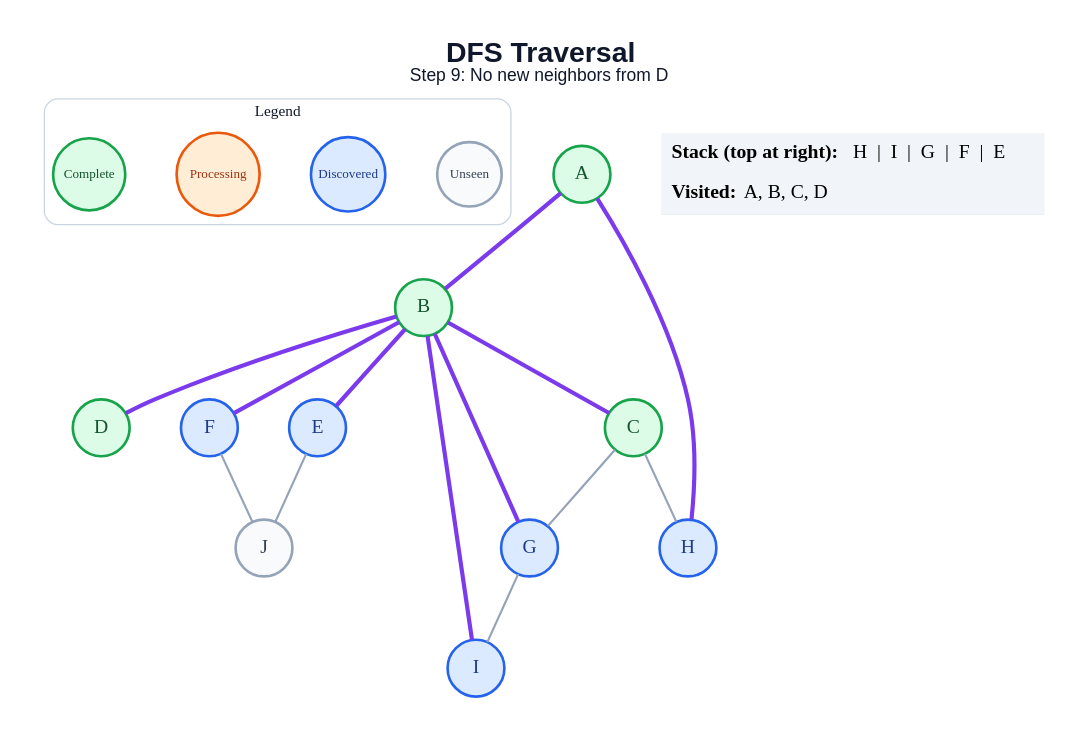
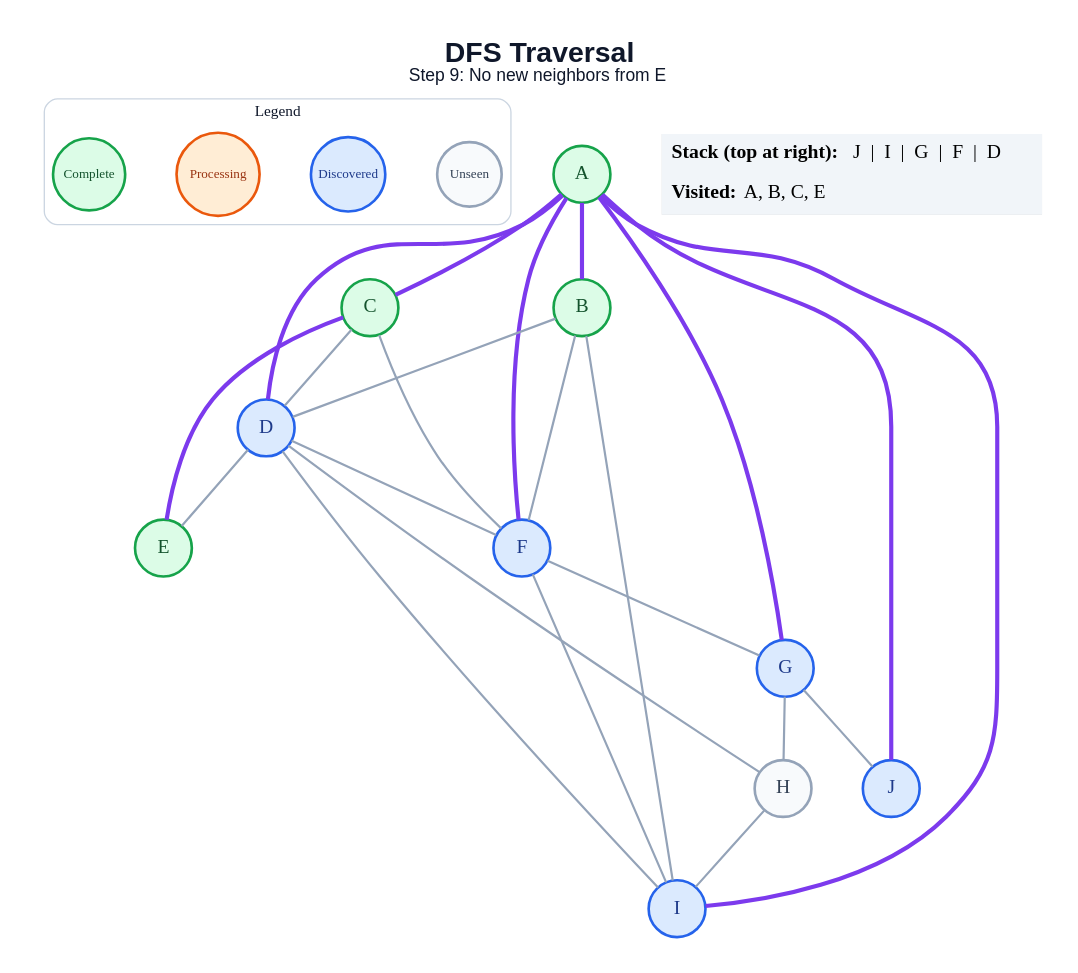
Before and after one commit to amanghodawala9/ai-slop: the diagram in generated/dfs/step_09.dot, drawn with Graphviz. The commit also changed 178 other files, not shown here.

```diff
--- a/generated/dfs/step_09.dot
+++ b/generated/dfs/step_09.dot
@@ -1,42 +1,51 @@
 graph traversal {
   graph [layout=dot, rankdir=TB, bgcolor="#FFFFFF", pad="0.35", nodesep="0.65", ranksep="0.8", fontname="Arial"];
   node [shape=circle, style="filled", fontname="Arial Bold", fontsize=18, width=0.72, fixedsize=true, penwidth=2.4];
   edge [color="#94A3B8", penwidth=2.0];
-  label=<<B>DFS Traversal</B><BR/><FONT POINT-SIZE="16">Step 9: No new neighbors from D</FONT>>; labelloc="t"; fontsize=26; fontname="Arial"; fontcolor="#0F172A";
+  label=<<B>DFS Traversal</B><BR/><FONT POINT-SIZE="16">Step 9: No new neighbors from E</FONT>>; labelloc="t"; fontsize=26; fontname="Arial"; fontcolor="#0F172A";
   subgraph cluster_legend { label="Legend"; color="#CBD5E1"; penwidth=1.2; style="rounded"; fontsize=14; fontname="Arial Bold";
     key_unseen [label="Unseen", fillcolor="#F8FAFC", color="#94A3B8", fontcolor="#334155", fontsize=12, width=0.82];
     key_frontier [label="Discovered", fillcolor="#DBEAFE", color="#2563EB", fontcolor="#1E3A8A", fontsize=12, width=0.95];
     key_current [label="Processing", fillcolor="#FFEDD5", color="#EA580C", fontcolor="#9A3412", fontsize=12, width=1.05];
     key_done [label="Complete", fillcolor="#DCFCE7", color="#16A34A", fontcolor="#14532D", fontsize=12, width=0.92];
     { rank=same; key_unseen; key_frontier; key_current; key_done; }
   }
   A [fillcolor="#DCFCE7", color="#16A34A", fontcolor="#14532D"];
   B [fillcolor="#DCFCE7", color="#16A34A", fontcolor="#14532D"];
   C [fillcolor="#DCFCE7", color="#16A34A", fontcolor="#14532D"];
-  D [fillcolor="#DCFCE7", color="#16A34A", fontcolor="#14532D"];
-  E [fillcolor="#DBEAFE", color="#2563EB", fontcolor="#1E3A8A"];
+  D [fillcolor="#DBEAFE", color="#2563EB", fontcolor="#1E3A8A"];
+  E [fillcolor="#DCFCE7", color="#16A34A", fontcolor="#14532D"];
   F [fillcolor="#DBEAFE", color="#2563EB", fontcolor="#1E3A8A"];
   G [fillcolor="#DBEAFE", color="#2563EB", fontcolor="#1E3A8A"];
-  H [fillcolor="#DBEAFE", color="#2563EB", fontcolor="#1E3A8A"];
+  H [fillcolor="#F8FAFC", color="#94A3B8", fontcolor="#334155"];
   I [fillcolor="#DBEAFE", color="#2563EB", fontcolor="#1E3A8A"];
-  J [fillcolor="#F8FAFC", color="#94A3B8", fontcolor="#334155"];
+  J [fillcolor="#DBEAFE", color="#2563EB", fontcolor="#1E3A8A"];
   A -- B [color="#7C3AED", penwidth=3.8];
-  A -- H [color="#7C3AED", penwidth=3.8];
-  B -- C [color="#7C3AED", penwidth=3.8];
-  B -- D [color="#7C3AED", penwidth=3.8];
-  B -- E [color="#7C3AED", penwidth=3.8];
-  B -- F [color="#7C3AED", penwidth=3.8];
-  B -- G [color="#7C3AED", penwidth=3.8];
-  B -- I [color="#7C3AED", penwidth=3.8];
-  C -- G;
-  C -- H;
-  E -- J;
-  F -- J;
-  G -- I;
+  A -- C [color="#7C3AED", penwidth=3.8];
+  A -- D [color="#7C3AED", penwidth=3.8];
+  A -- F [color="#7C3AED", penwidth=3.8];
+  A -- G [color="#7C3AED", penwidth=3.8];
+  A -- I [color="#7C3AED", penwidth=3.8];
+  A -- J [color="#7C3AED", penwidth=3.8];
+  B -- D;
+  B -- F;
+  B -- I;
+  C -- D;
+  C -- E [color="#7C3AED", penwidth=3.8];
+  C -- F;
+  D -- E;
+  D -- F;
+  D -- H;
+  D -- I;
+  F -- G;
+  F -- I;
+  G -- H;
+  G -- J;
+  H -- I;
   status [shape=plain, fixedsize=false, width=0, height=0, margin=0, label=<
     <TABLE BORDER="0" CELLBORDER="0" CELLPADDING="7" BGCOLOR="#F1F5F9">
-      <TR><TD ALIGN="LEFT"><B>Stack (top at right):</B> H  |  I  |  G  |  F  |  E</TD></TR>
-      <TR><TD ALIGN="LEFT"><B>Visited:</B> A, B, C, D</TD></TR>
+      <TR><TD ALIGN="LEFT"><B>Stack (top at right):</B> J  |  I  |  G  |  F  |  D</TD></TR>
+      <TR><TD ALIGN="LEFT"><B>Visited:</B> A, B, C, E</TD></TR>
     </TABLE>
   >];
 }
```
